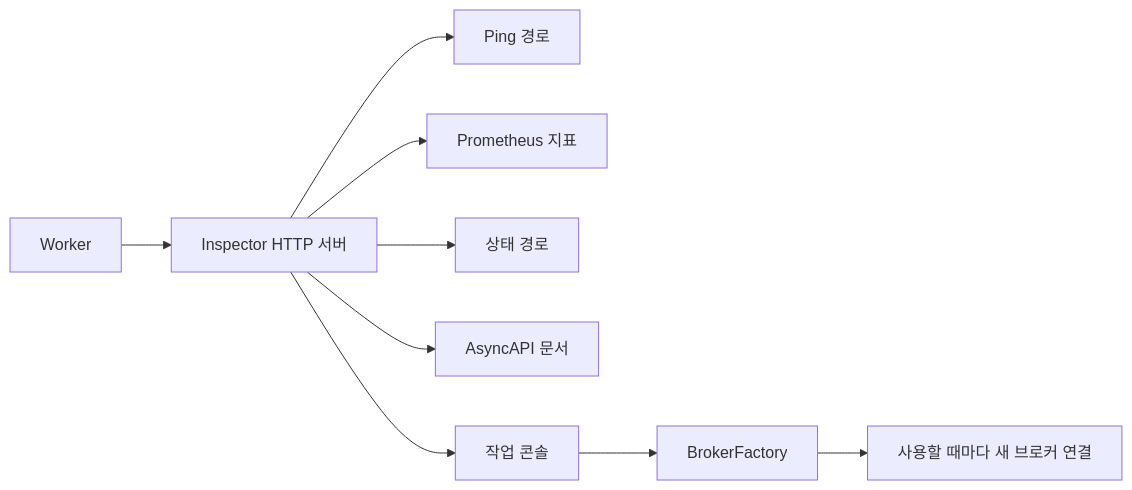
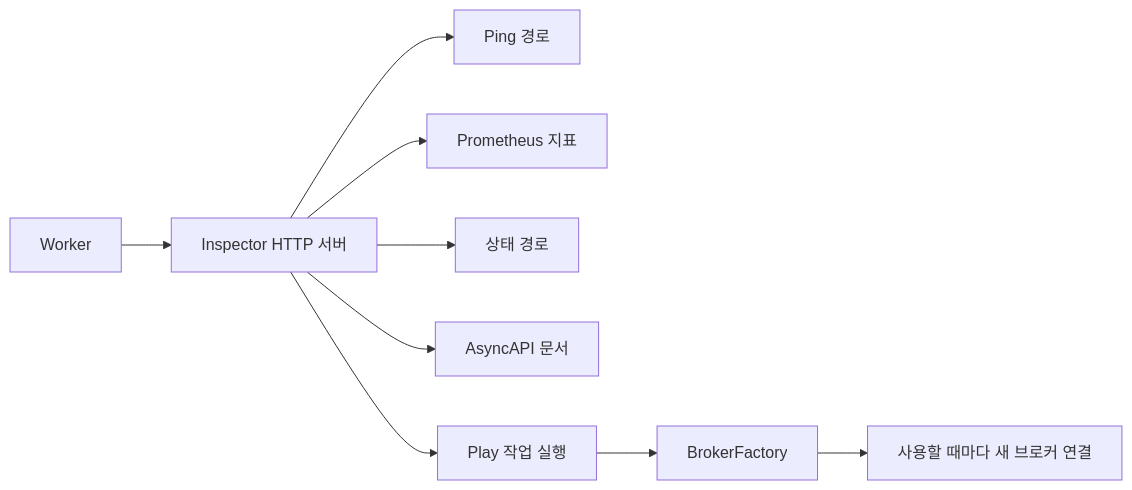
One commit to yong5eon/DefStream changed the diagram in docs/Operations.md. Above: the diagram before and after it, drawn with Mermaid. The commit also changed other lines of this file and 15 other files, not shown here.

````diff
--- a/docs/Operations.md
+++ b/docs/Operations.md
@@ -63,11 +63,11 @@
 ```mermaid
 flowchart LR
   W[Worker] --> I[Inspector HTTP 서버]
   I --> P[Ping 경로]
   I --> M[Prometheus 지표]
   I --> S[상태 경로]
   I --> A[AsyncAPI 문서]
-  I --> C[작업 콘솔]
+  I --> C[Play 작업 실행]
   C --> F[BrokerFactory]
   F --> B[사용할 때마다 새 브로커 연결]
 ```
````
